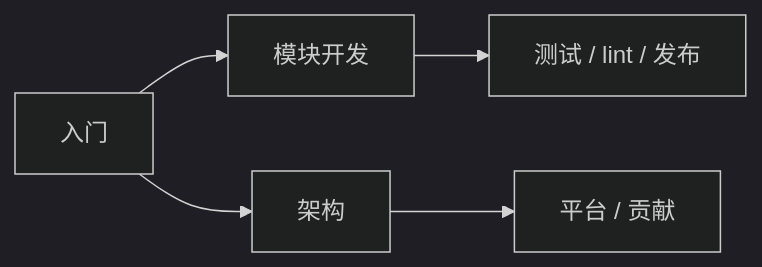
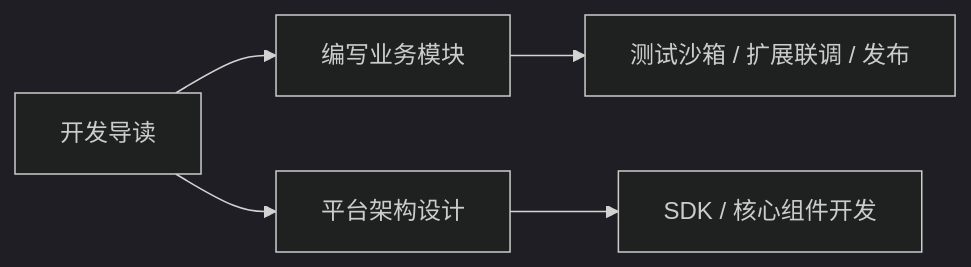
The diagram in docs/zh/dev/index.mdx (DogeLakeDev/ScriptsForMinecraftServer), drawn with Mermaid (dark theme) before and after one commit. The commit also changed other lines of this file and 17 other files, not shown here.

````diff
--- a/docs/zh/dev/index.mdx
+++ b/docs/zh/dev/index.mdx
@@ -9,7 +7,7 @@
 ```mermaid
 flowchart LR
-  A[入门] --> B[模块开发]
-  B --> C[测试 / lint / 发布]
-  A --> D[架构]
-  D --> E[平台 / 贡献]
+  A[开发导读] --> B[编写业务模块]
+  B --> C[测试沙箱 / 扩展联调 / 发布]
+  A --> D[平台架构设计]
+  D --> E[SDK / 核心组件开发]
 ```
````
